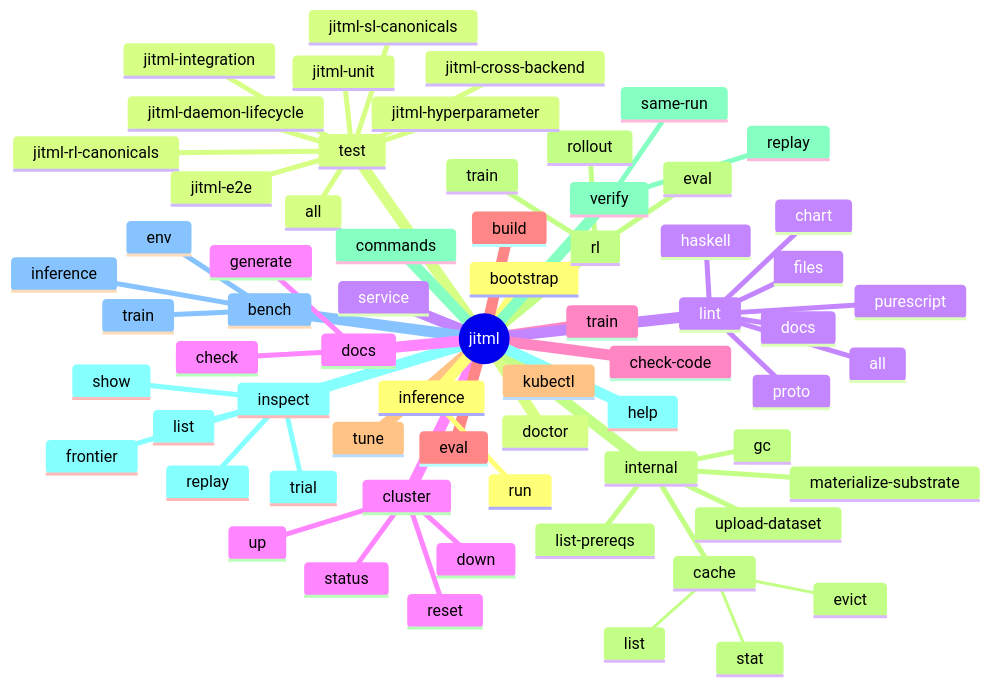
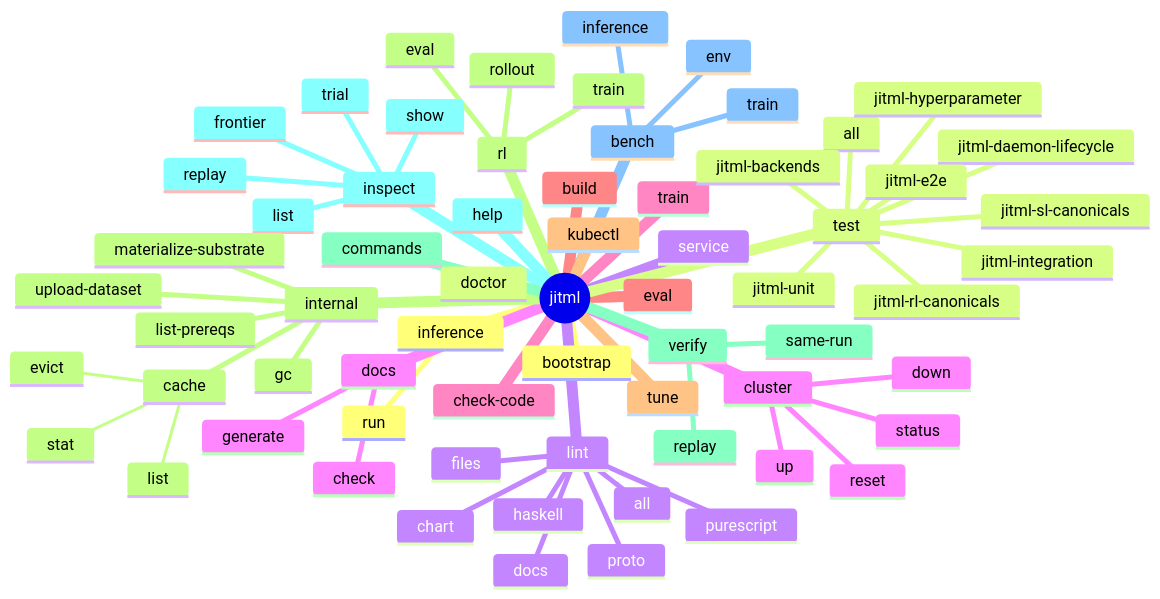
Before and after one commit to Tuee22/jitML: the first of 4 diagrams in README.md, drawn with Mermaid. The commit also changed other lines of this file and 35 other files, not shown here.

````diff
--- a/README.md
+++ b/README.md
@@ -685,69 +685,69 @@
 ```mermaid
 mindmap
   root((jitml))
     bootstrap
     doctor
     service
     cluster
       up
       down
       status
       reset
     train
     eval
     tune
     rl
       train
       eval
       rollout
     verify
       same-run
       replay
     inspect
       list
       show
       replay
       trial
       frontier
     bench
       train
       inference
       env
     inference
       run
     test
       all
       jitml-unit
       jitml-integration
       jitml-sl-canonicals
       jitml-rl-canonicals
       jitml-hyperparameter
-      jitml-cross-backend
+      jitml-backends
       jitml-daemon-lifecycle
       jitml-e2e
     lint
       files
       docs
       proto
       chart
       haskell
       purescript
       all
     docs
       check
       generate
     check-code
     build
     kubectl
     internal
       materialize-substrate
       list-prereqs
       upload-dataset
       gc
       cache
         stat
         list
         evict
     commands
     help
 ```
````
